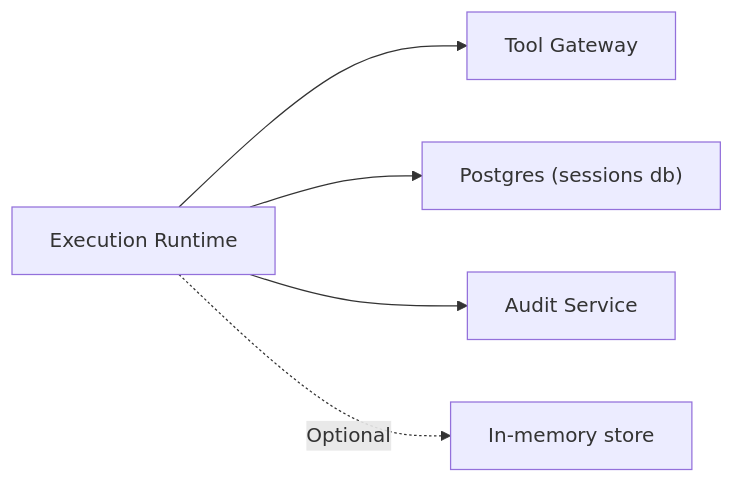
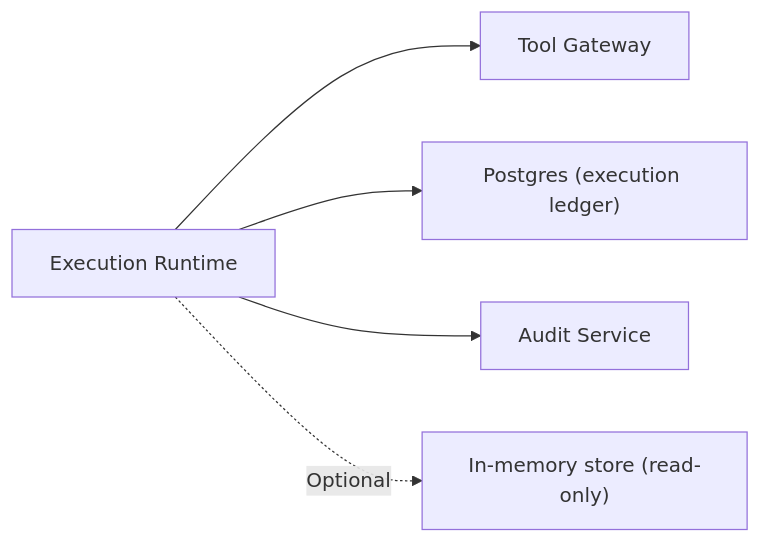
Before and after one commit to metasync/luban-aiops: the seventh of 7 diagrams in .qoder/repowiki/en/content/Tool Execution Framework/Execution Runtime/Execution Runtime.md, drawn with Mermaid. The commit also changed other lines of this file and 19 other files, not shown here.

````diff
--- a/.qoder/repowiki/en/content/Tool Execution Framework/Execution Runtime/Execution Runtime.md
+++ b/.qoder/repowiki/en/content/Tool Execution Framework/Execution Runtime/Execution Runtime.md
@@ -297,7 +320,7 @@
 ```mermaid
 graph LR
 HR["Execution Runtime"] --> TG["Tool Gateway"]
-HR --> DB["Postgres (sessions db)"]
+HR --> DB["Postgres (execution ledger)"]
 HR --> AS["Audit Service"]
-HR -.->|Optional| MEM["In-memory store"]
+HR -.->|Optional| MEM["In-memory store (read-only)"]
 ```
````
